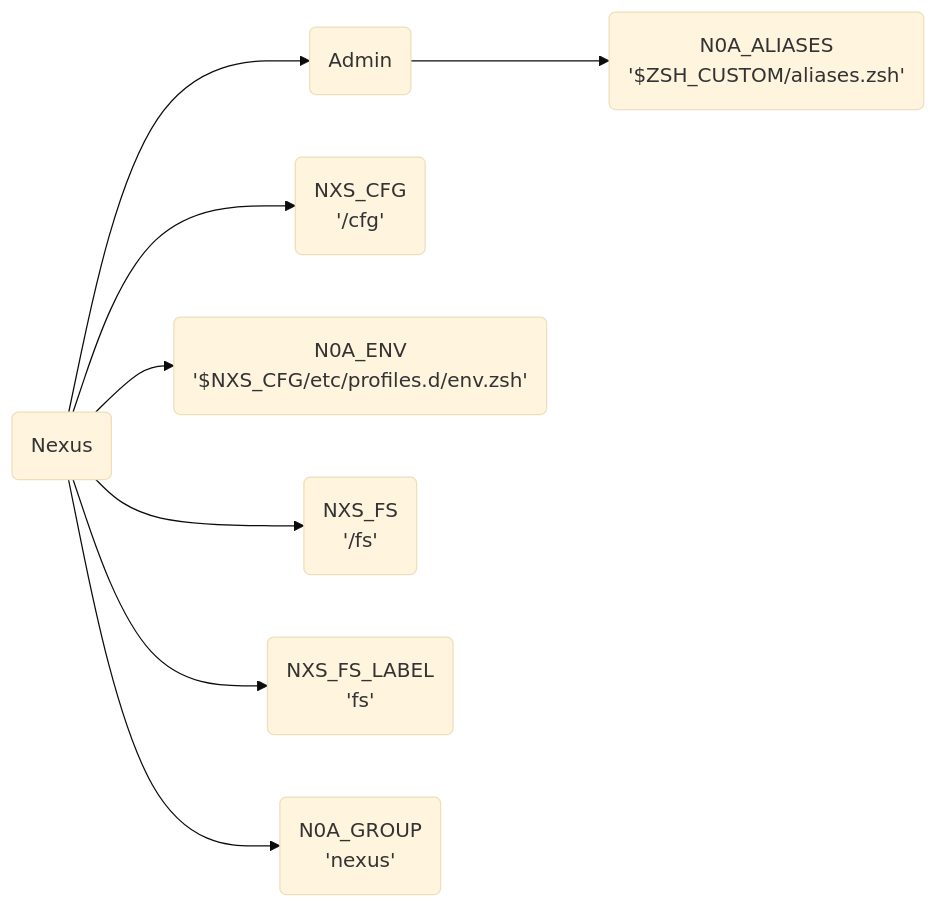
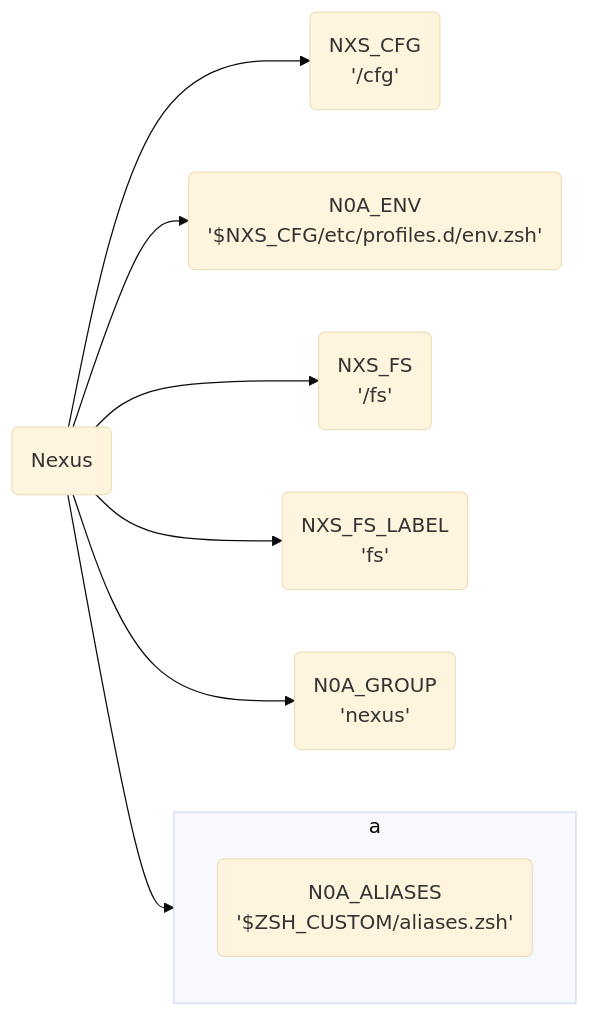
Before and after one commit to agenkit/GHost: the diagram in setup/basic.md, drawn with Mermaid (base theme).

````diff
--- a/setup/basic.md
+++ b/setup/basic.md
@@ -35,15 +35,17 @@
 ```mermaid
 graph LR
    n("Nexus")
    a("Admin")
    cfg("NXS_CFG<br>'/cfg'")
    env("N0A_ENV<br>'$NXS_CFG/etc/profiles.d/env.zsh'")
    fs("NXS_FS<br>'/fs'")
    fsl("NXS_FS_LABEL<br>'fs'")
    grp("N0A_GROUP<br>'nexus'")
    as("N0A_ALIASES<br>'$ZSH_CUSTOM/aliases.zsh'")
 
    n --> cfg & env & fs & fsl & grp
    n --> a
-   a --> as
+   subgraph a
+      as
+   end
 ```
````
